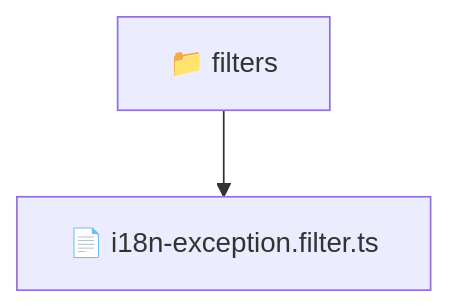
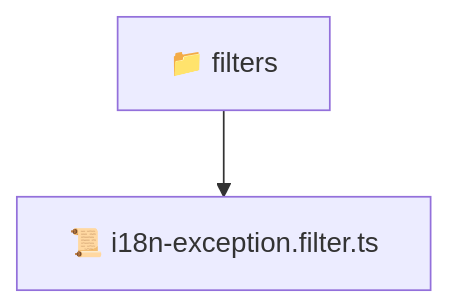
Before and after one commit to beginwebdev2002/fullstack-mavluda: the diagram in backend/src/common/filters/README.md, drawn with Mermaid. The commit also changed other lines of this file and 163 other files, not shown here.

````diff
--- a/backend/src/common/filters/README.md
+++ b/backend/src/common/filters/README.md
@@ -9,5 +9,5 @@
 ```mermaid
 graph TD
-  Root["📁 filters"]
-  Root --> i18n_exception_filter_ts["📄 i18n-exception.filter.ts"]
+  filters["📁 filters"]
+  filters --> i18n_exception_filter_ts["📜 i18n-exception.filter.ts"]
 ```
````
